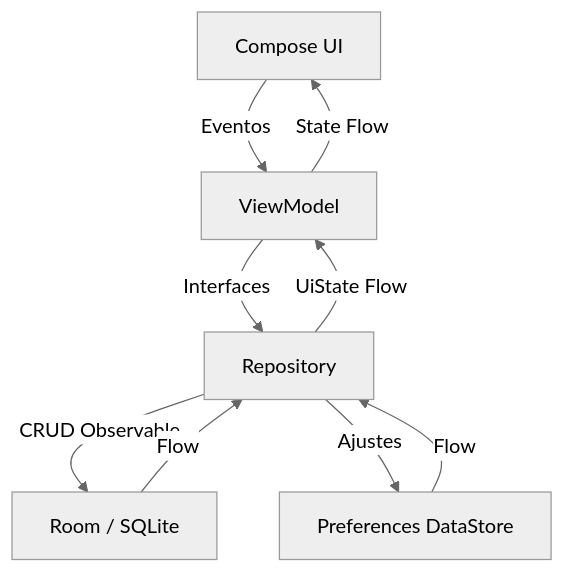
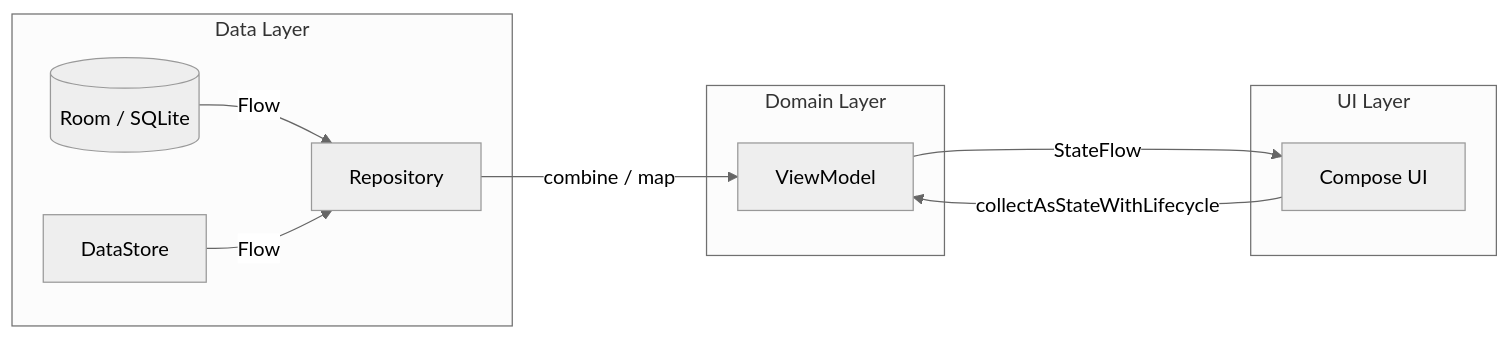
The diagram in Readme.md (Ficha-3169892-FormacionCTMA/MiFormacionCTMA), drawn with Mermaid (neutral theme) before and after one commit. The commit also changed other lines of this file and 8 other files, not shown here.

Commit message:
Semana 7: Implementación de arquitectura reactiva con Corrutinas, Flow, StateFlow y Ciclo de Vida

````diff
--- a/Readme.md
+++ b/Readme.md
@@ -59,11 +53,14 @@
 ```mermaid
-graph TD
-    A[Compose UI] -->|Eventos| B[ViewModel]
-    B -->|Interfaces| C[Repository]
-    C -->|CRUD Observable| D[Room / SQLite]
-    C -->|Ajustes| E[Preferences DataStore]
-    D -->|Flow| C
-    E -->|Flow| C
-    C -->|UiState Flow| B
-    B -->|State Flow| A
+graph LR
+    subgraph "Data Layer"
+        D[(Room / SQLite)] -->|Flow| R[Repository]
+        DS[DataStore] -->|Flow| R
+    end
+    subgraph "Domain Layer"
+        R -->|combine / map| V[ViewModel]
+    end
+    subgraph "UI Layer"
+        V -->|StateFlow| C[Compose UI]
+        C -->|collectAsStateWithLifecycle| V
+    end
 ```
````
